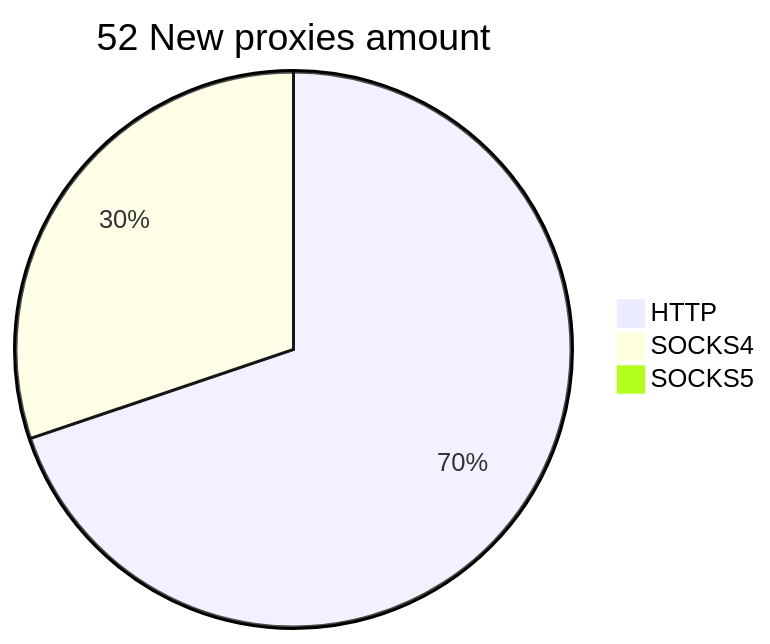
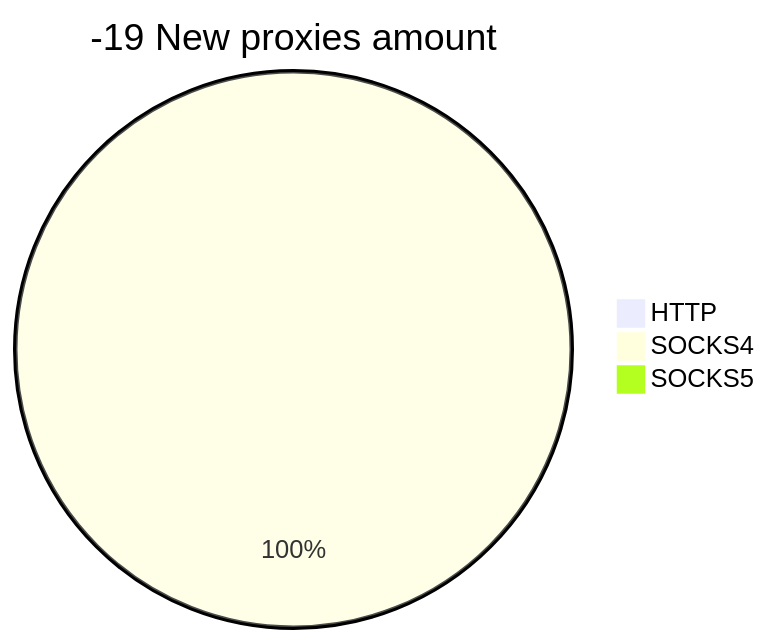
Before and after one commit to cutipu/proxylist: the second of 2 diagrams in README.md, drawn with Mermaid. The commit also changed other lines of this file, not shown here.

````diff
--- a/README.md
+++ b/README.md
@@ -10,6 +10,6 @@
 ```mermaid
-pie title 52 New proxies amount
-    "HTTP" : 37
-    "SOCKS4" : 16
+pie title -19 New proxies amount
+    "HTTP" : 0
+    "SOCKS4" : 3
     "SOCKS5" : 0
 ```
````
